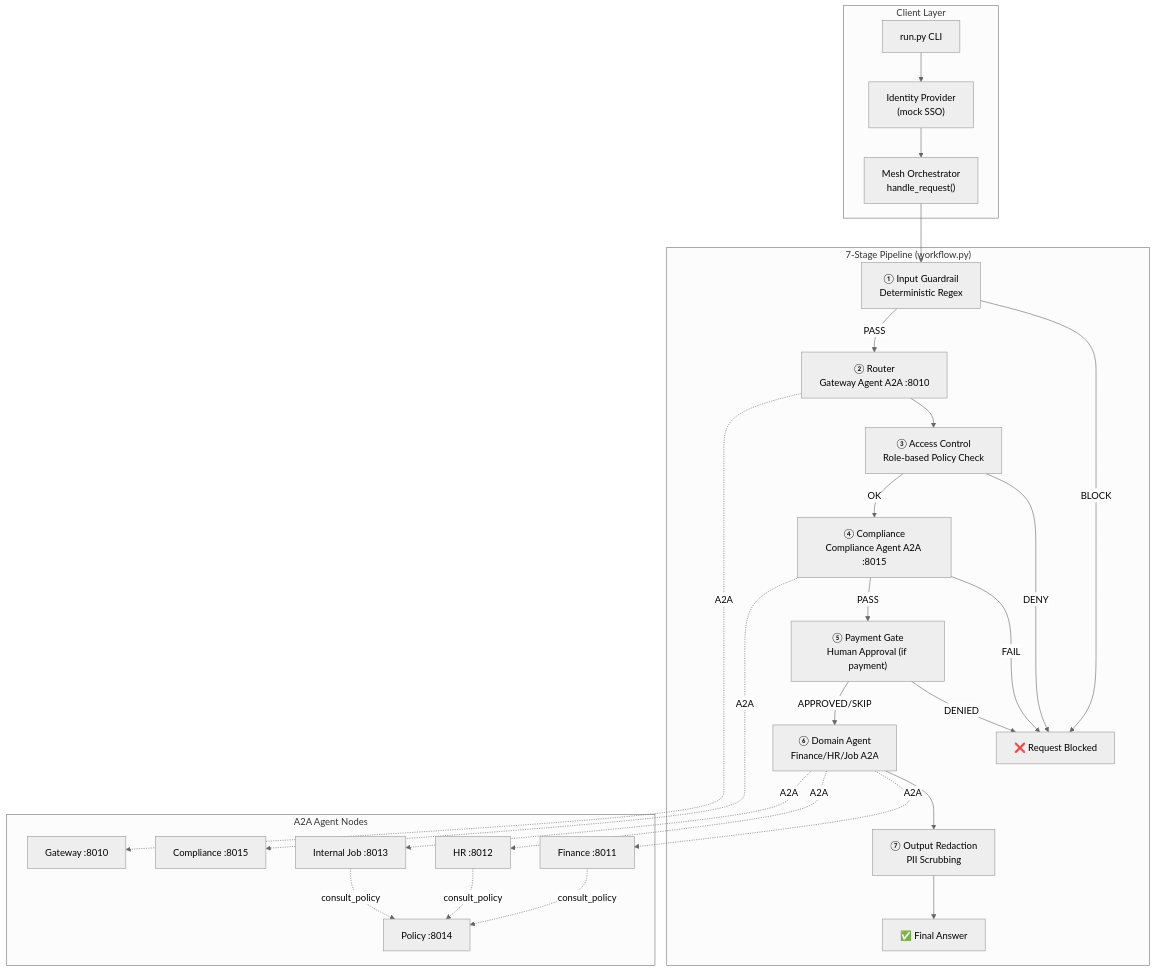
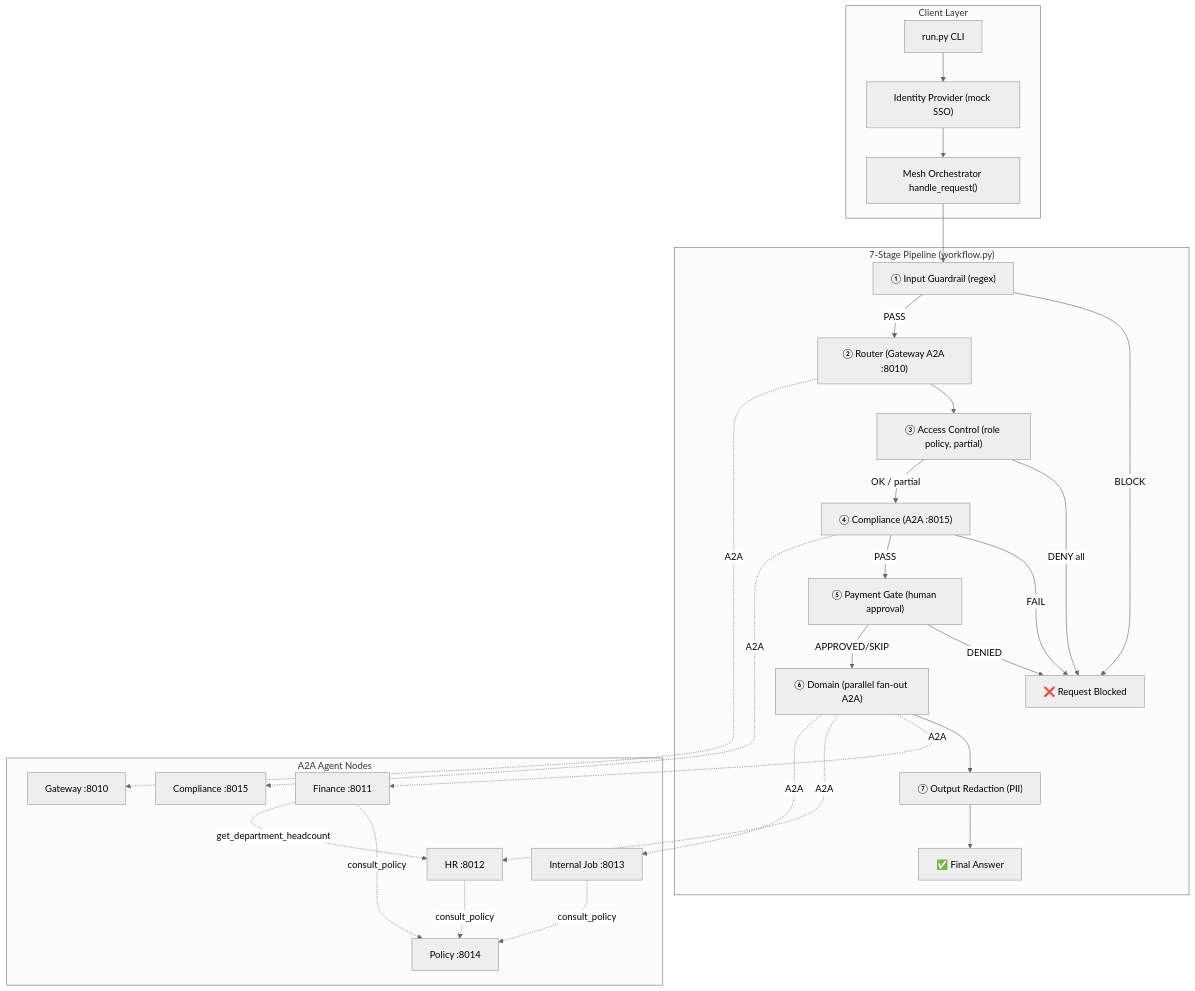
Before and after one commit to manojchevula-acc/agent-mesh: the diagram in SYSTEM_FLOW.md, drawn with Mermaid (neutral theme). The commit also changed other lines of this file and 8 other files, not shown here.

Commit message:
grafana capability and agents as tools for Finance agent calling a HR agent based on its demand

````diff
--- a/SYSTEM_FLOW.md
+++ b/SYSTEM_FLOW.md
@@ -36,38 +75,39 @@
 ```mermaid
 flowchart TD
     subgraph CLIENT["Client Layer"]
-        CLI["run.py CLI"] --> LOGIN["Identity Provider<br/>(mock SSO)"]
-        LOGIN --> ORCH["Mesh Orchestrator<br/>handle_request()"]
+        CLI["run.py CLI"] --> LOGIN["Identity Provider (mock SSO)"]
+        LOGIN --> ORCH["Mesh Orchestrator handle_request()"]
     end
-    
+
     subgraph PIPELINE["7-Stage Pipeline (workflow.py)"]
-        ORCH --> S1["① Input Guardrail<br/>Deterministic Regex"]
+        ORCH --> S1["① Input Guardrail (regex)"]
         S1 -->|BLOCK| BLOCKED["❌ Request Blocked"]
-        S1 -->|PASS| S2["② Router<br/>Gateway Agent A2A :8010"]
-        S2 --> S3["③ Access Control<br/>Role-based Policy Check"]
-        S3 -->|DENY| BLOCKED
-        S3 -->|OK| S4["④ Compliance<br/>Compliance Agent A2A :8015"]
+        S1 -->|PASS| S2["② Router (Gateway A2A :8010)"]
+        S2 --> S3["③ Access Control (role policy, partial)"]
+        S3 -->|DENY all| BLOCKED
+        S3 -->|OK / partial| S4["④ Compliance (A2A :8015)"]
         S4 -->|FAIL| BLOCKED
-        S4 -->|PASS| S5["⑤ Payment Gate<br/>Human Approval (if payment)"]
+        S4 -->|PASS| S5["⑤ Payment Gate (human approval)"]
         S5 -->|DENIED| BLOCKED
-        S5 -->|APPROVED/SKIP| S6["⑥ Domain Agent<br/>Finance/HR/Job A2A"]
-        S6 --> S7["⑦ Output Redaction<br/>PII Scrubbing"]
+        S5 -->|APPROVED/SKIP| S6["⑥ Domain (parallel fan-out A2A)"]
+        S6 --> S7["⑦ Output Redaction (PII)"]
         S7 --> RESULT["✅ Final Answer"]
     end
-    
+
     subgraph AGENTS["A2A Agent Nodes"]
-        GW["Gateway :8010"] 
+        GW["Gateway :8010"]
         FIN["Finance :8011"]
         HR["HR :8012"]
         JOB["Internal Job :8013"]
         POL["Policy :8014"]
         COMP["Compliance :8015"]
     end
-    
+
     S2 -.->|A2A| GW
     S4 -.->|A2A| COMP
     S6 -.->|A2A| FIN
     S6 -.->|A2A| HR
     S6 -.->|A2A| JOB
     FIN & HR & JOB -.->|consult_policy| POL
+    FIN -.->|get_department_headcount| HR
 ```
````
